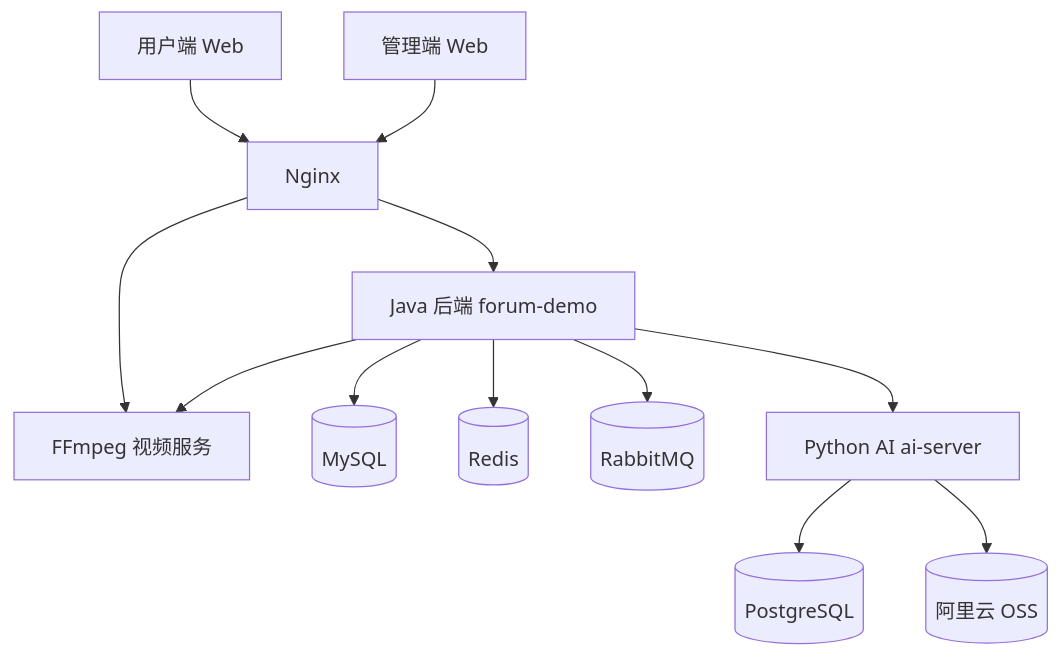
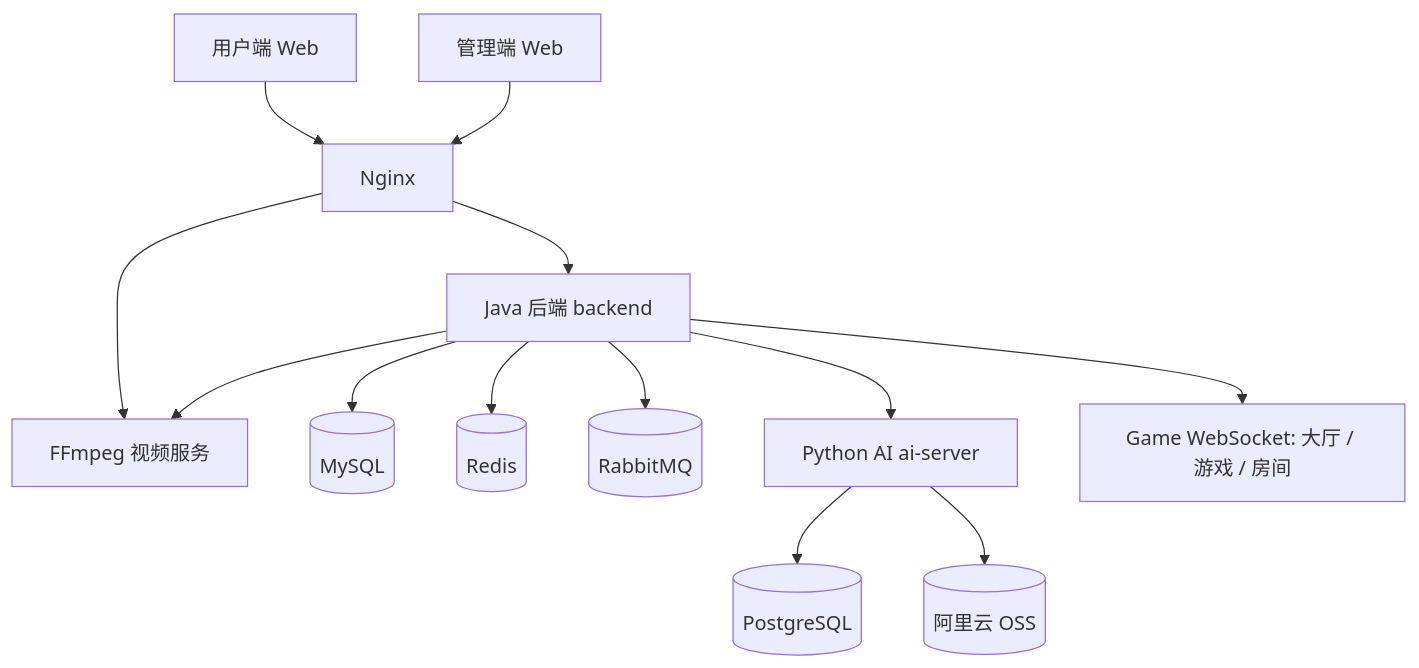
The first of 12 diagrams in README.md (pluchon/mengmeng_forum), drawn with Mermaid before and after one commit. The commit also changed other lines of this file, not shown here.

````diff
--- a/README.md
+++ b/README.md
@@ -72,16 +64,17 @@
 ```mermaid
 flowchart TB
   U[用户端 Web] --> N[Nginx]
   A[管理端 Web] --> N
-  N --> J[Java 后端 forum-demo]
+  N --> J[Java 后端 backend]
   N --> F[FFmpeg 视频服务]
 
   J --> M[(MySQL)]
   J --> R[(Redis)]
   J --> Q[(RabbitMQ)]
   J --> F
 
   J --> P[Python AI ai-server]
+  J --> G[Game WebSocket: 大厅 / 游戏 / 房间]
   P --> PG[(PostgreSQL)]
   P --> OSS[(阿里云 OSS)]
 ```
````
